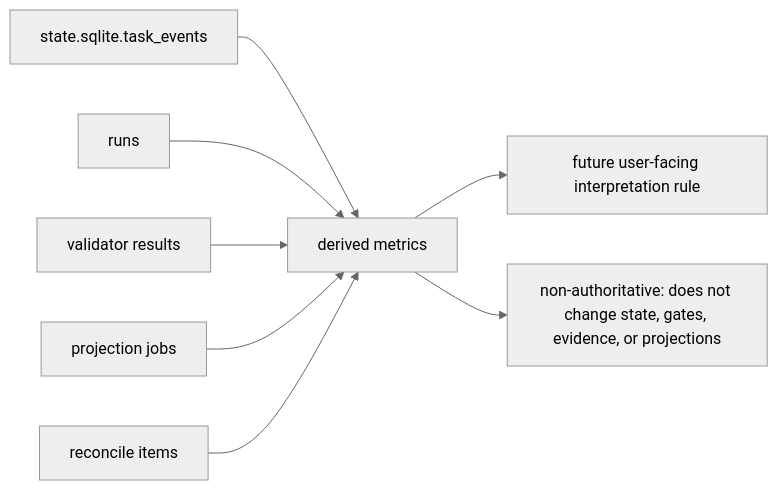
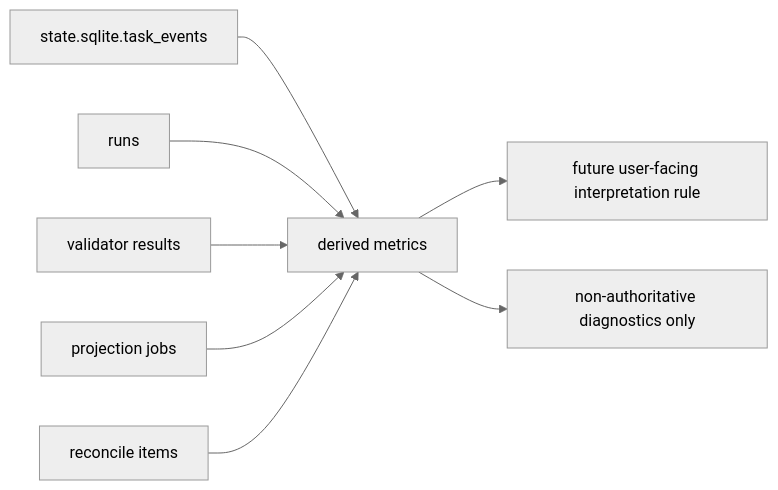
One commit to minjungw00/Volicord changed the fifth of 5 diagrams in docs/en/appendix/C-later-roadmap.md. Above: the diagram before and after it, drawn with Mermaid (neutral theme). The commit also changed other lines of this file and 9 other files, not shown here.

Commit message:
docs: keep context index and metrics non-authoritative

````diff
--- a/docs/en/appendix/C-later-roadmap.md
+++ b/docs/en/appendix/C-later-roadmap.md
@@ -101,10 +120,10 @@
 ```mermaid
 flowchart LR
   Events["state.sqlite.task_events"] --> Metrics["derived metrics"]
   Runs["runs"] --> Metrics
   Validators["validator results"] --> Metrics
   Projections["projection jobs"] --> Metrics
   Reconcile["reconcile items"] --> Metrics
   Metrics --> Interpretation["future user-facing interpretation rule"]
-  Metrics --> Boundary["non-authoritative: does not change state, gates, evidence, or projections"]
+  Metrics --> Boundary["non-authoritative diagnostics only"]
 ```
````
